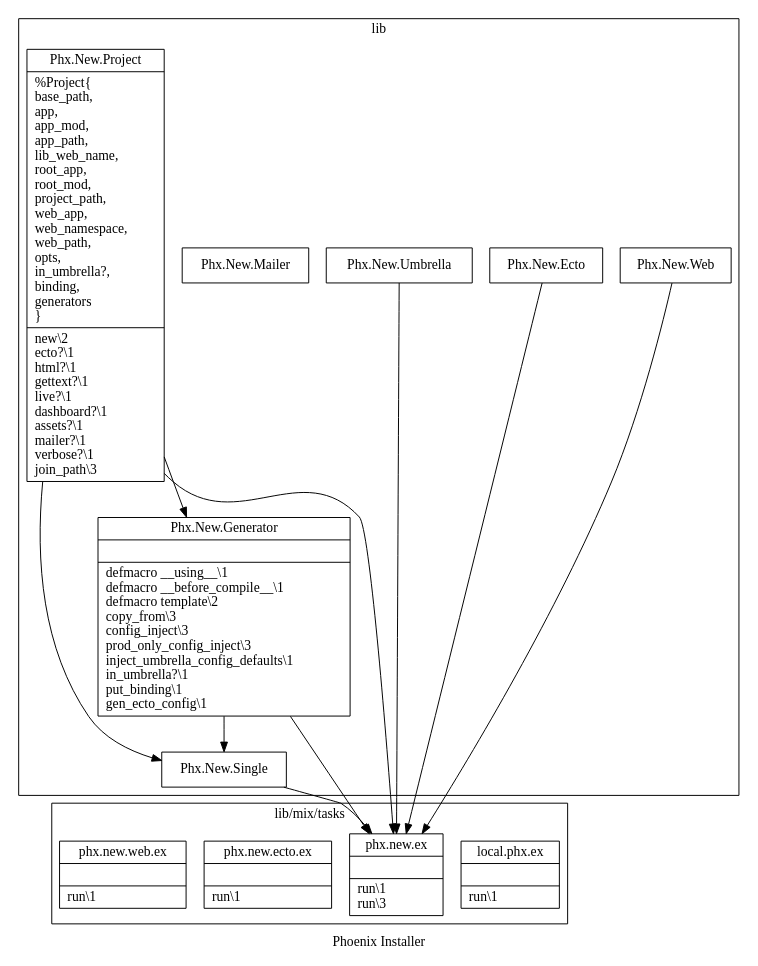
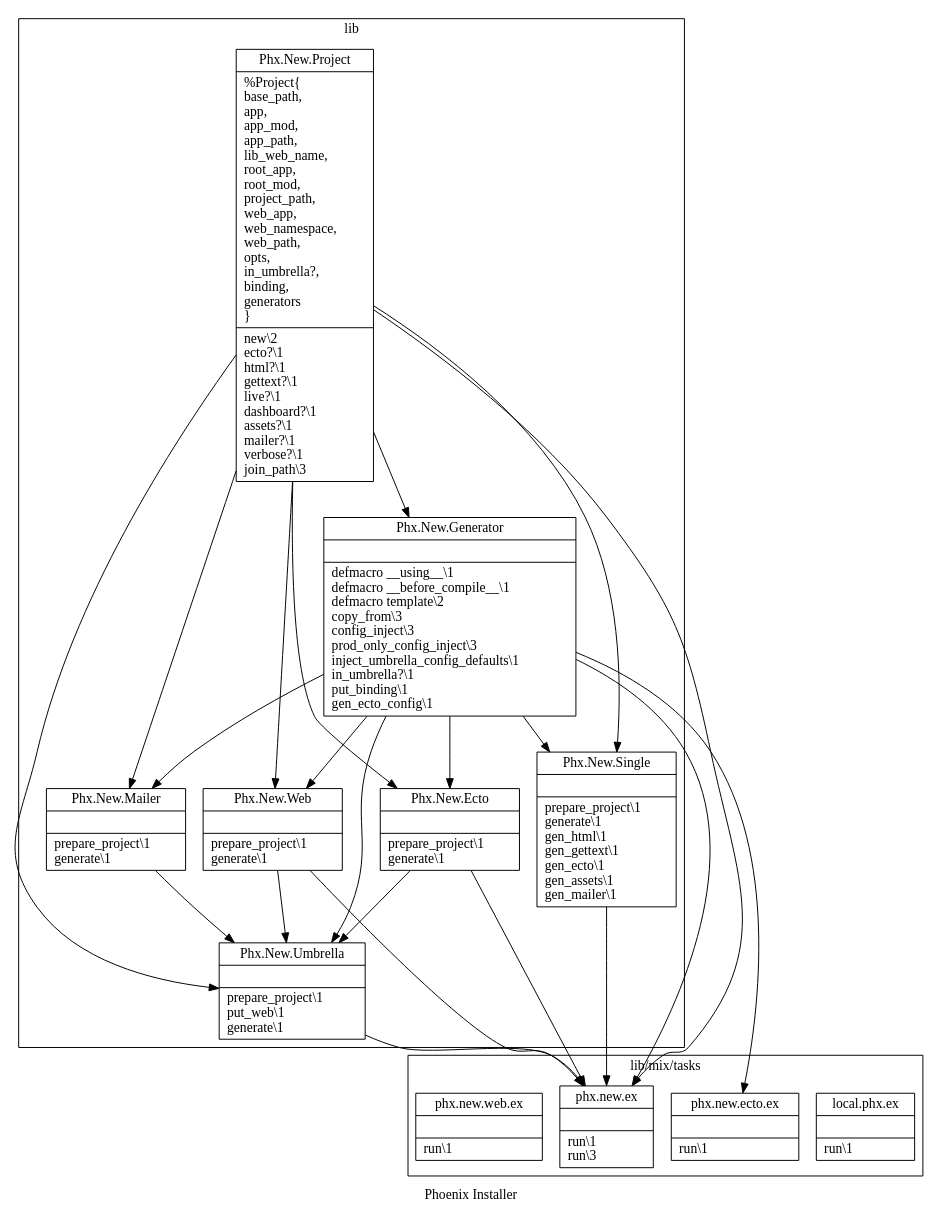
The diagram in explorations/installer_modules.gv (mospina/phoenix), drawn with Graphviz before and after one commit.

Commit message:
complete graph of installer

```diff
--- a/explorations/installer_modules.gv
+++ b/explorations/installer_modules.gv
@@ -1,82 +1,124 @@
 digraph installer {
 
   graph [
     label="Phoenix Installer"
   ]
 
   node [
     shape=record
   ]
 
   subgraph cluster_mix {
     label="lib/mix/tasks"
 
     local_phx [label="{local.phx.ex||run\\1\l}"]  
     phx_new [label="{phx.new.ex||run\\1\lrun\\3\l}"]
     phx_new_ecto [label="{phx.new.ecto.ex||run\\1\l}"]  
     phx_new_web [label="{phx.new.web.ex||run\\1\l}"]
   }
 
   subgraph cluster_lib {
     label="lib"
 
     generator [label="{
       Phx.New.Generator||
       defmacro __using__\\1\l
       defmacro __before_compile__\\1\l
       defmacro template\\2\l
       copy_from\\3\l
       config_inject\\3\l
       prod_only_config_inject\\3\l
       inject_umbrella_config_defaults\\1\l
       in_umbrella?\\1\l
       put_binding\\1\l
       gen_ecto_config\\1\l
     }"]
     project [nojustify=false label="{
       Phx.New.Project|
       %Project\{\l
         base_path,\l
         app,\l
         app_mod,\l
         app_path,\l
         lib_web_name,\l
         root_app,\l
         root_mod,\l
         project_path,\l
         web_app,\l
         web_namespace,\l
         web_path,\l
         opts,\l
         in_umbrella?,\l
         binding,\l
         generators\l
       \}\l|
       new\\2\l
       ecto?\\1\l
       html?\\1\l
       gettext?\\1\l
       live?\\1\l
       dashboard?\\1\l
       assets?\\1\l
       mailer?\\1\l
       verbose?\\1\l
       join_path\\3\l
     }"]
-    single [label="{Phx.New.Single}"]
-    umbrella [label="{Phx.New.Umbrella}"]
-    ecto [label="{Phx.New.Ecto}"]
-    mailer [label="{Phx.New.Mailer}"]
-    web [label="{Phx.New.Web}"]
+    single [label="{Phx.New.Single||
+      prepare_project\\1\l
+      generate\\1\l
+      gen_html\\1\l
+      gen_gettext\\1\l
+      gen_ecto\\1\l
+      gen_assets\\1\l
+      gen_mailer\\1\l
+    }"]
+    umbrella [label="{Phx.New.Umbrella||
+      prepare_project\\1\l
+      put_web\\1\l
+      generate\\1\l
+    }"]
+    ecto [label="{Phx.New.Ecto||
+      prepare_project\\1\l
+      generate\\1\l
+    }"]
+    mailer [label="{Phx.New.Mailer||
+      prepare_project\\1\l
+      generate\\1\l
+    }"]
+    web [label="{Phx.New.Web||
+      prepare_project\\1\l
+      generate\\1\l
+    }"]
+
+    // { rank=same project generator }
+    // { rank=single umbrella ecto mailer web }
   }
 
   generator -> single
   project -> single
   project -> generator
   single -> phx_new 
   generator -> phx_new
   project -> phx_new
   umbrella -> phx_new
   web -> phx_new
   ecto -> phx_new
+
+  generator -> phx_new_ecto
+
+  generator -> umbrella
+  ecto -> umbrella
+  web -> umbrella
+  project -> umbrella
+  mailer -> umbrella
+
+  generator -> ecto
+  project -> ecto
+
+  generator -> mailer
+  project -> mailer
+
+  generator -> web
+  project -> web
+
 }
```
